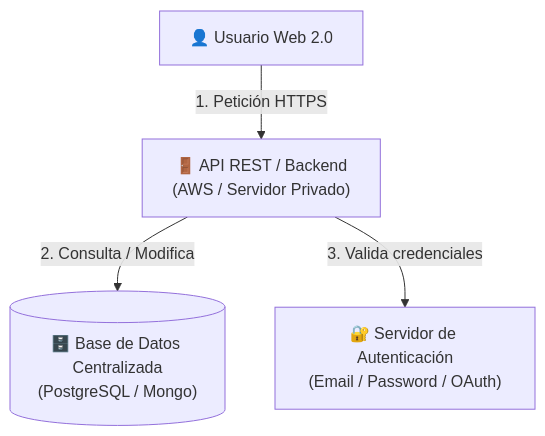
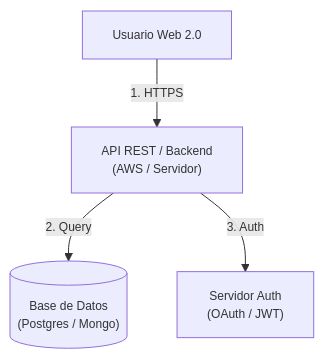
One commit to kernel-devs-lab/lab changed the second of 3 diagrams in conceptos/01-evolucion-web-1-2-3.md. Above: the diagram before and after it, drawn with Mermaid. The commit also changed other lines of this file and 4 other files, not shown here.

Commit message:
fix(docs): acortar etiquetas y ajustar fuente en diagramas mermaid

````diff
--- a/conceptos/01-evolucion-web-1-2-3.md
+++ b/conceptos/01-evolucion-web-1-2-3.md
@@ -40,6 +41,7 @@
 ```mermaid
+%%{init: {'themeVariables': {'fontSize': '12px', 'fontFamily': 'arial'}}}%%
 flowchart TD
-    User["👤 Usuario Web 2.0"] -->|"1. Petición HTTPS"| API["🚪 API REST / Backend\n(AWS / Servidor Privado)"]
-    API -->|"2. Consulta / Modifica"| DB[("🗄️ Base de Datos Centralizada\n(PostgreSQL / Mongo)")]
-    API -->|"3. Valida credenciales"| Auth["🔐 Servidor de Autenticación\n(Email / Password / OAuth)"]
+    User["Usuario Web 2.0"] -->|"1. HTTPS"| API["API REST / Backend<br/>(AWS / Servidor)"]
+    API -->|"2. Query"| DB[("Base de Datos<br/>(Postgres / Mongo)")]
+    API -->|"3. Auth"| Auth["Servidor Auth<br/>(OAuth / JWT)"]
 ```
````
